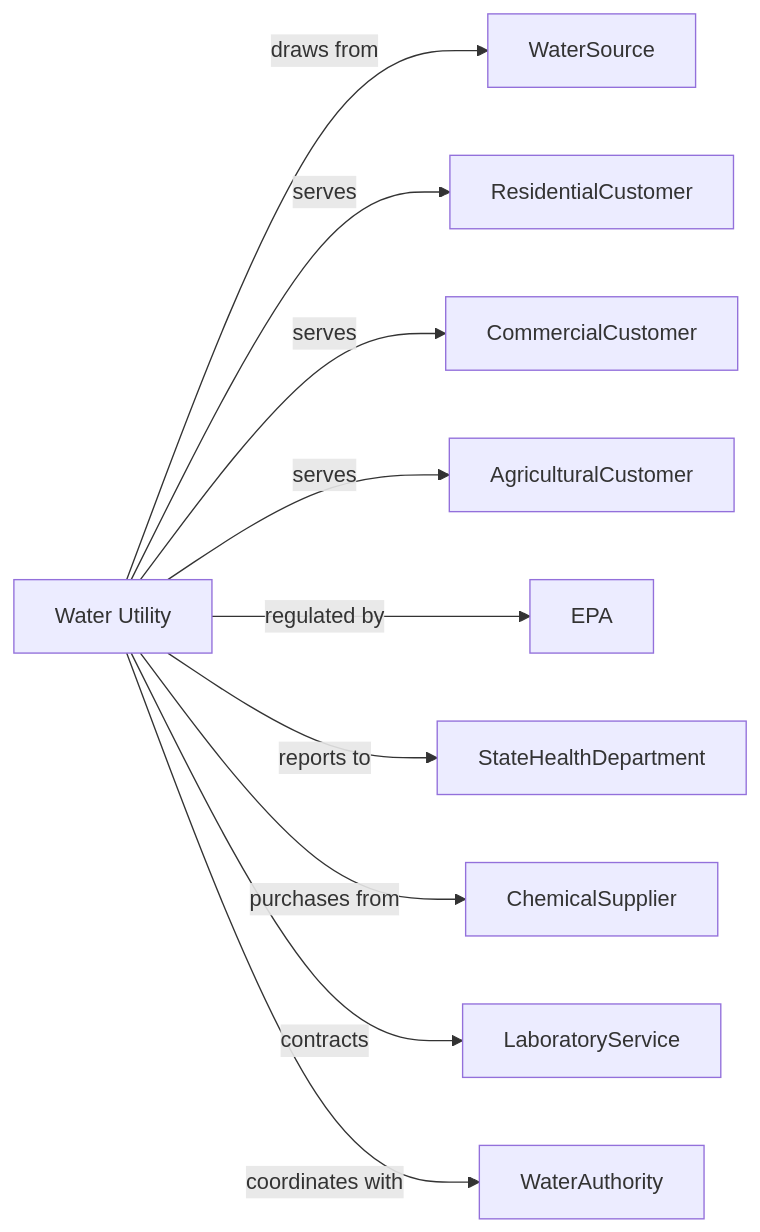
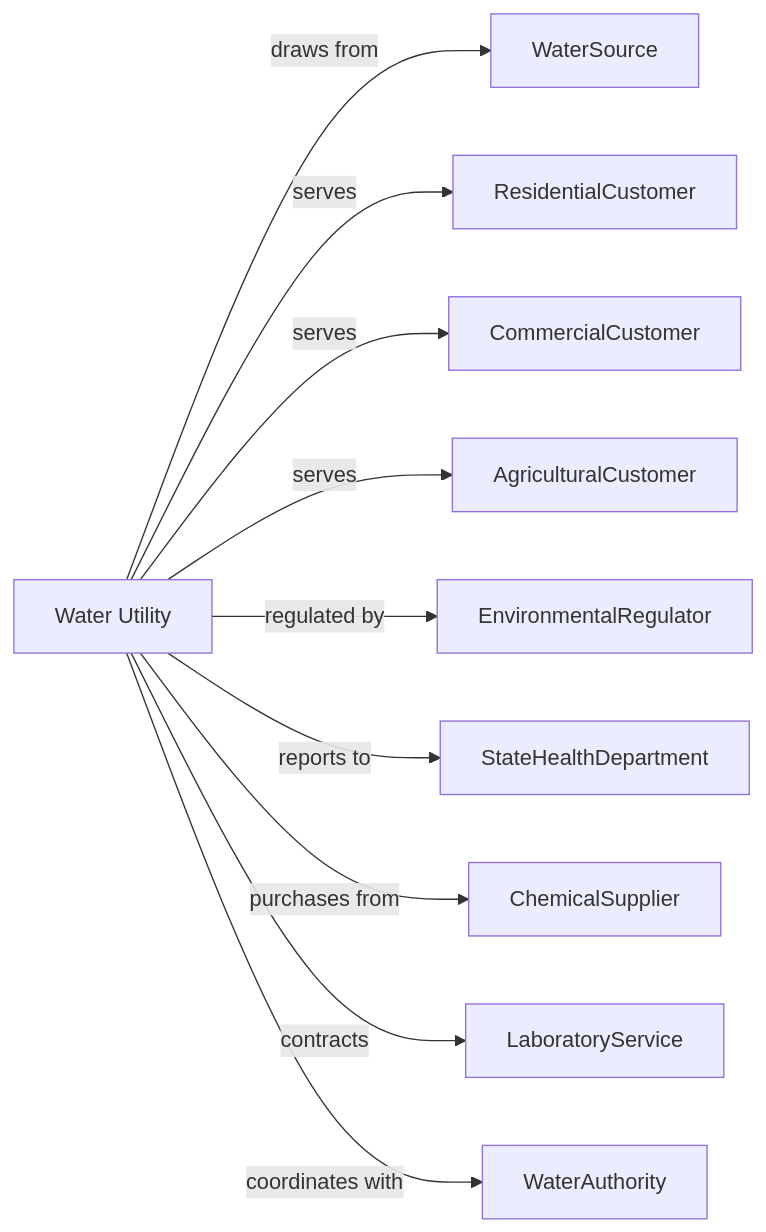
One commit to dot-org-ai/industries.org.ai changed the second of 2 diagrams in Utilities/Utilities/WaterSewageAndOtherSystems/WaterSupplyAndIrrigationSystems.mdx. Above: the diagram before and after it, drawn with Mermaid. The commit also changed other lines of this file and 588 other files, not shown here.

````diff
--- a/Utilities/Utilities/WaterSewageAndOtherSystems/WaterSupplyAndIrrigationSystems.mdx
+++ b/Utilities/Utilities/WaterSewageAndOtherSystems/WaterSupplyAndIrrigationSystems.mdx
@@ -142,14 +142,14 @@
 ```mermaid
 graph LR
     W[Water Utility]
 
     W -->|draws from| WaterSource
     W -->|serves| ResidentialCustomer
     W -->|serves| CommercialCustomer
     W -->|serves| AgriculturalCustomer
-    W -->|regulated by| EPA
+    W -->|regulated by| EnvironmentalRegulator
     W -->|reports to| StateHealthDepartment
     W -->|purchases from| ChemicalSupplier
     W -->|contracts| LaboratoryService
     W -->|coordinates with| WaterAuthority
 ```
````
